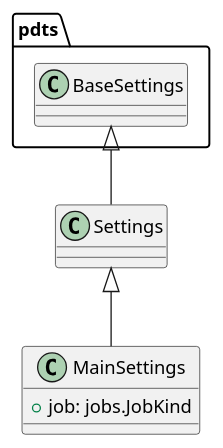
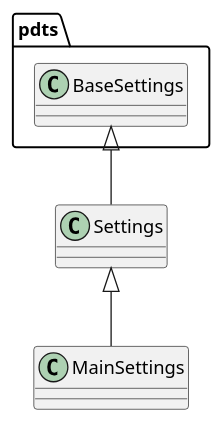
The diagram in openwiki/src/autogen_team/settings.md (lgcorzo/llmops-python-package), drawn with PlantUML before and after one commit. The commit also changed other lines of this file and 77 other files, not shown here.

````diff
--- a/openwiki/src/autogen_team/settings.md
+++ b/openwiki/src/autogen_team/settings.md
@@ -50,11 +59,10 @@
 ```plantuml
 @startuml
-    pdts.BaseSettings <|-- Settings
-    class Settings {
-    }
-    Settings <|-- MainSettings
-    class MainSettings {
-        +job: jobs.JobKind
-    }
+class Settings {
+}
+pdts.BaseSettings <|-- Settings
+class MainSettings {
+}
+Settings <|-- MainSettings
 @enduml
 ```
````
